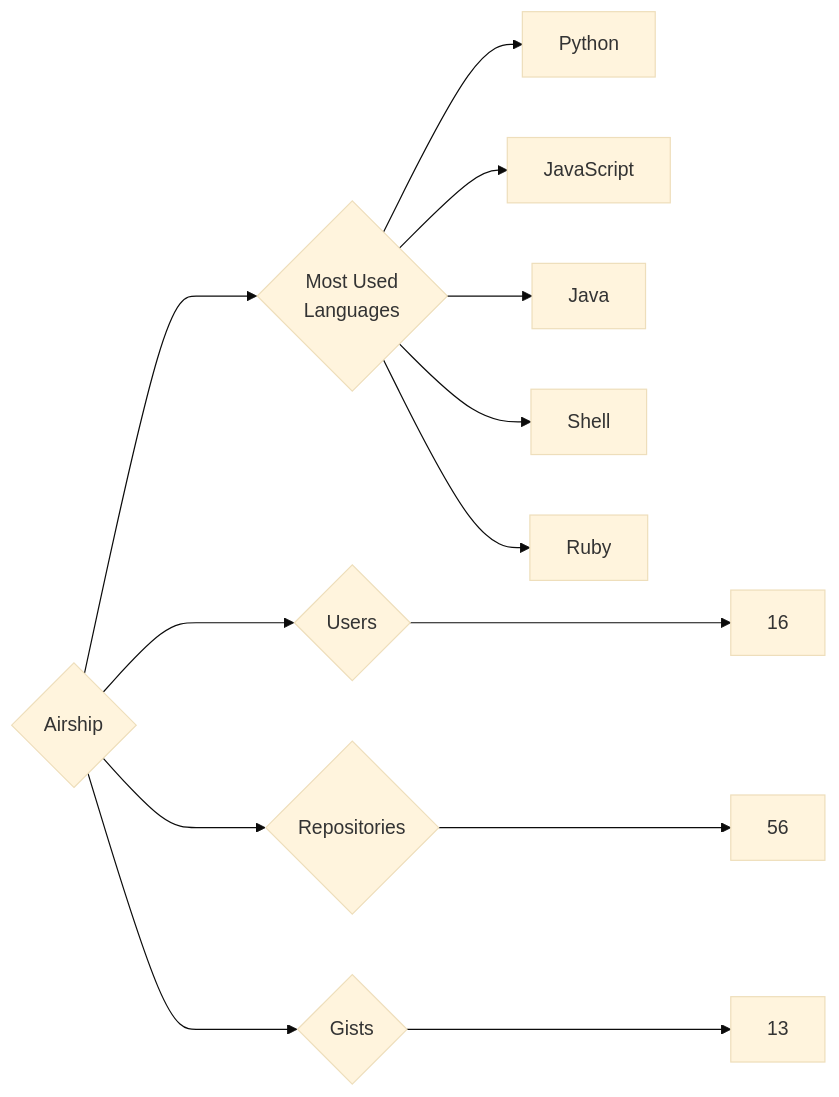
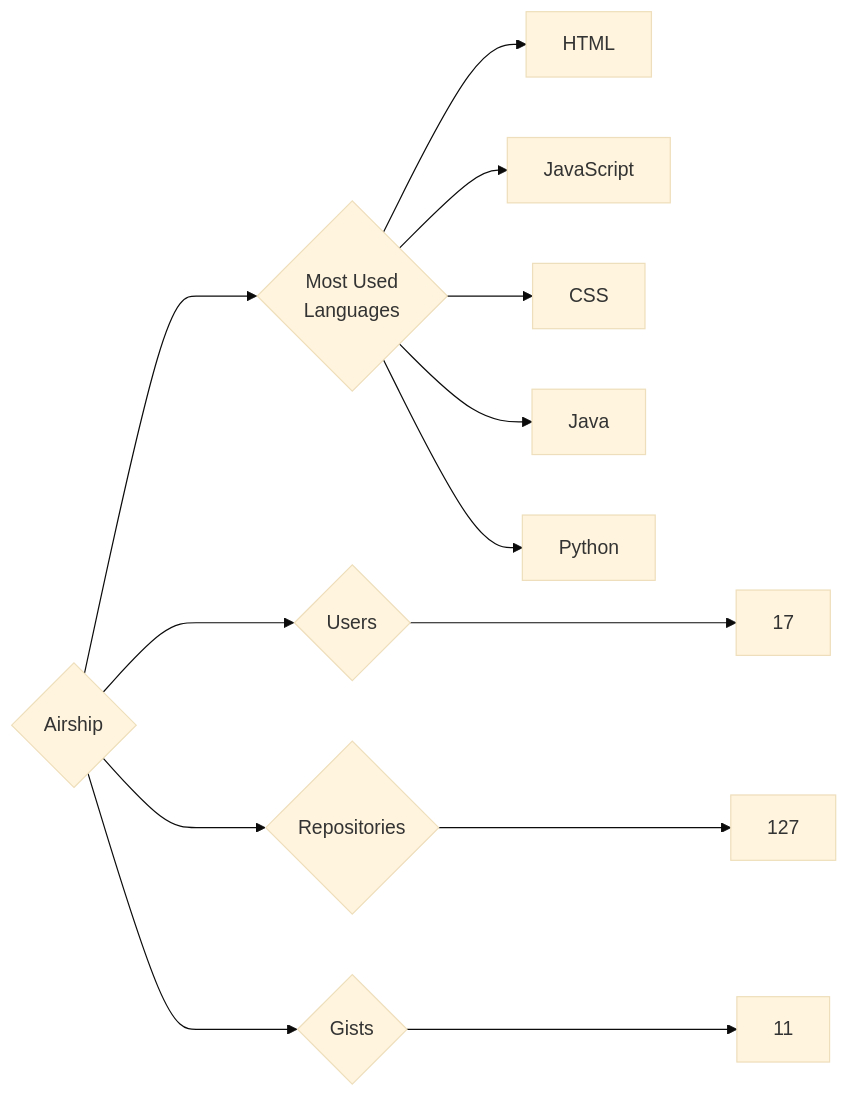
The diagram in targets/Airship/README.md (trickest/insiders), drawn with Mermaid (base theme) before and after one commit. The commit also changed 912 other files, not shown here.

````diff
--- a/targets/Airship/README.md
+++ b/targets/Airship/README.md
@@ -3,13 +3,13 @@
 ```mermaid
 graph LR
 COMPANY_NAME{Airship}
-COMPANY_NAME ---> U{Users} ---> UN[16]
-COMPANY_NAME ---> R{Repositories} ---> RN[56]
-COMPANY_NAME ---> G{Gists} ---> GN[13]
+COMPANY_NAME ---> U{Users} ---> UN[17]
+COMPANY_NAME ---> R{Repositories} ---> RN[127]
+COMPANY_NAME ---> G{Gists} ---> GN[11]
 COMPANY_NAME ---> ML{Most Used<br>Languages}
+ML --> HTML[HTML]
+ML --> JavaScript[JavaScript]
+ML --> CSS[CSS]
+ML --> Java[Java]
 ML --> Python[Python]
-ML --> JavaScript[JavaScript]
-ML --> Java[Java]
-ML --> Shell[Shell]
-ML --> Ruby[Ruby]
 ```
````
